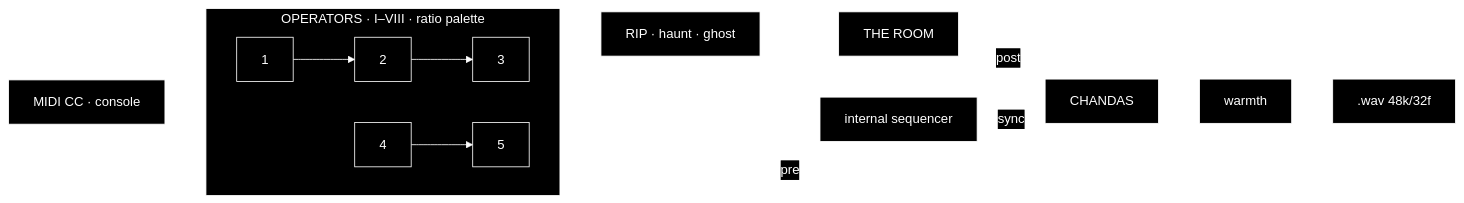
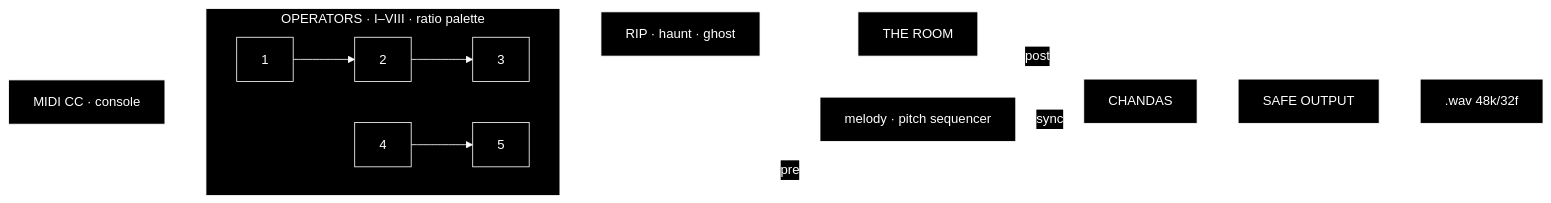
One commit to akindoflikeness/bypomono changed the diagram in README.md. Above: the diagram before and after it, drawn with Mermaid. The commit also changed other lines of this file and 16 other files, not shown here.

````diff
--- a/README.md
+++ b/README.md
@@ -138,18 +138,18 @@
 ```mermaid
 %%{init: {"theme":"base","themeVariables":{"primaryColor":"#000000","primaryTextColor":"#ffffff","primaryBorderColor":"#ffffff","lineColor":"#ffffff","secondaryColor":"#000000","tertiaryColor":"#000000","background":"#000000","clusterBkg":"#000000","clusterBorder":"#ffffff","edgeLabelBackground":"#000000"}}}%%
 flowchart LR
   subgraph OPS["OPERATORS · I–VIII · ratio palette"]
     direction LR
     O1["1"] --> O2["2"] --> O3["3"]
     O4["4"] --> O5["5"]
   end
   OPS --> RIP["RIP · haunt · ghost"]
   RIP --> ROOM["THE ROOM"]
   ROOM --> CH["CHANDAS"]
   OPS -. pre .-> CH
   ROOM -. post .-> CH
-  SEQ["internal sequencer"] -. sync .-> CH
-  CH --> W["warmth"]
-  W --> OUT[".wav 48k/32f"]
+  SEQ["melody · pitch sequencer"] -. sync .-> CH
+  CH --> LIM["SAFE OUTPUT"]
+  LIM --> OUT[".wav 48k/32f"]
   MIDI["MIDI CC · console"] -.-> OPS
 ```
````
